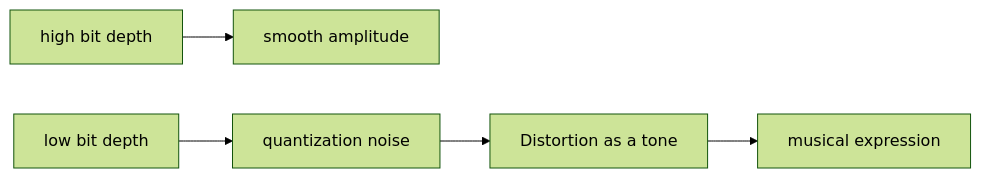
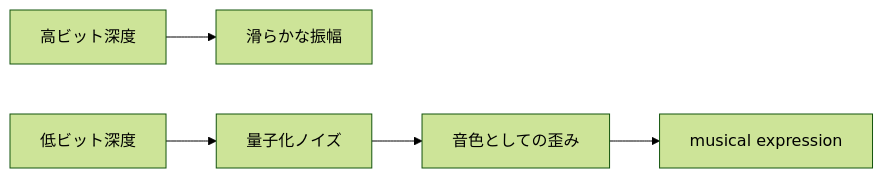
One commit to monumental-movement/monumental-movement.github.io changed the second of 2 diagrams in en/_posts/2026-01-16-column-bit-crush-low-bit.md. Above: the diagram before and after it, drawn with Mermaid (forest theme). The commit also changed other lines of this file and 2196 other files, not shown here.

```diff
--- a/en/_posts/2026-01-16-column-bit-crush-low-bit.md
+++ b/en/_posts/2026-01-16-column-bit-crush-low-bit.md
@@ -218,7 +217,7 @@
 <div class="mermaid">
 flowchart LR
-    A[high bit depth] --> B[smooth amplitude]
-    C[low bit depth] --> D[quantization noise]
-    D --> E[Distortion as a tone]
+    A[高ビット深度] --> B[滑らかな振幅]
+    C[低ビット深度] --> D[量子化ノイズ]
+    D --> E[音色としての歪み]
     E --> F[musical expression]
 </div>
```
